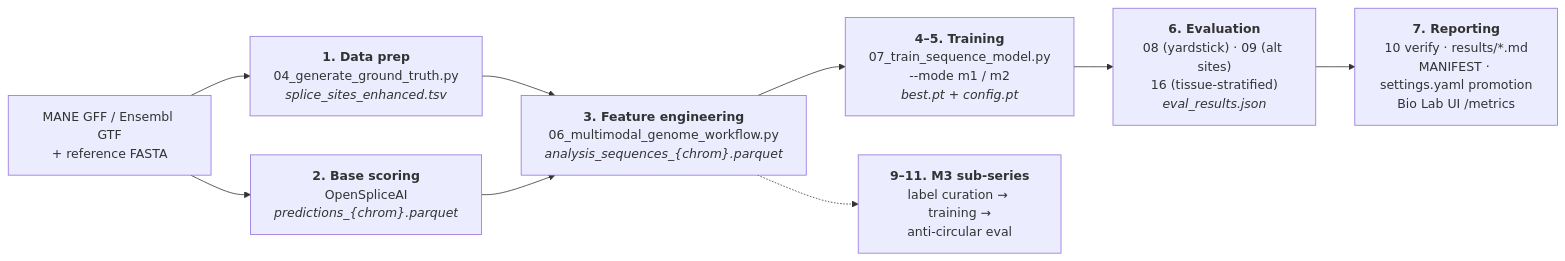
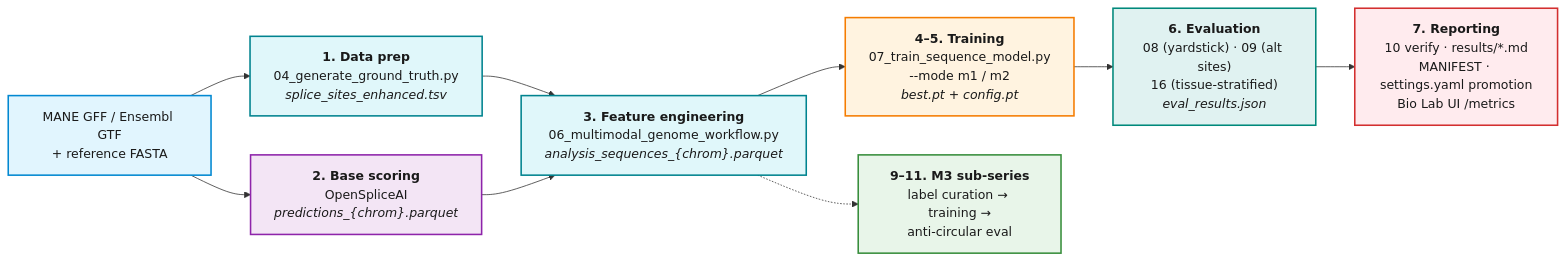
The diagram in docs/workflows/meta_layer/README.md (pleiadian53/agentic-spliceai), drawn with Mermaid before and after one commit. The commit also changed other lines of this file and 1 other file, not shown here.

Commit message:
docs(workflow): colour the mermaid diagrams to the project palette
Both workflow diagrams rendered black-and-white while the root README already
established a Material-Design pastel convention (light fill, saturated stroke,
explicit dark text). Aligned them to that same vocabulary rather than inventing a
second palette.

- Pipeline diagram: blue inputs, cyan derived data, purple base layer, orange
  training, teal evaluation, pink reporting, green for the M3 branch — a readable
  left-to-right progression that also marks which layer each stage belongs to.
- M3 label-curation diagram: colour carries the distinction the doc is there to
  make — orange for training labels, teal for held-out eval truth (D1/D2), purple
  for the dual-role annotation mask, blue for raw evidence sources. Together with
  the dashed exclusion arrows, train-vs-eval is now legible at a glance.
- Each diagram gets a one-line colour key beneath it.

Pastel fills with explicit dark text were chosen deliberately: the site ships a
dark-mode (slate) palette, and a light node fill with pinned dark text stays
readable in both schemes, whereas relying on default text colour would not.

````diff
--- a/docs/workflows/meta_layer/README.md
+++ b/docs/workflows/meta_layer/README.md
@@ -34,11 +34,27 @@
 ```mermaid
 flowchart LR
   A["MANE GFF / Ensembl GTF<br/>+ reference FASTA"] --> B["<b>1. Data prep</b><br/>04_generate_ground_truth.py<br/><i>splice_sites_enhanced.tsv</i>"]
   A --> C["<b>2. Base scoring</b><br/>OpenSpliceAI<br/><i>predictions_{chrom}.parquet</i>"]
   B --> D
   C --> D["<b>3. Feature engineering</b><br/>06_multimodal_genome_workflow.py<br/><i>analysis_sequences_{chrom}.parquet</i>"]
   D --> E["<b>4–5. Training</b><br/>07_train_sequence_model.py<br/>--mode m1 / m2<br/><i>best.pt + config.pt</i>"]
   E --> F["<b>6. Evaluation</b><br/>08 (yardstick) · 09 (alt sites)<br/>16 (tissue-stratified)<br/><i>eval_results.json</i>"]
   F --> G["<b>7. Reporting</b><br/>10 verify · results/*.md<br/>MANIFEST · settings.yaml promotion<br/>Bio Lab UI /metrics"]
   D -.-> H["<b>9–11. M3 sub-series</b><br/>label curation → training →<br/>anti-circular eval"]
+
+  classDef input fill:#e1f5fe,stroke:#0288d1,stroke-width:2px,color:#1a1a1a
+  classDef data  fill:#e0f7fa,stroke:#00838f,stroke-width:2px,color:#1a1a1a
+  classDef base  fill:#f3e5f5,stroke:#8e24aa,stroke-width:2px,color:#1a1a1a
+  classDef train fill:#fff3e0,stroke:#f57c00,stroke-width:2px,color:#1a1a1a
+  classDef eval  fill:#e0f2f1,stroke:#00897b,stroke-width:2px,color:#1a1a1a
+  classDef report fill:#ffebee,stroke:#d32f2f,stroke-width:2px,color:#1a1a1a
+  classDef m3    fill:#e8f5e9,stroke:#388e3c,stroke-width:2px,color:#1a1a1a
+
+  class A input
+  class B,D data
+  class C base
+  class E train
+  class F eval
+  class G report
+  class H m3
 ```
````
